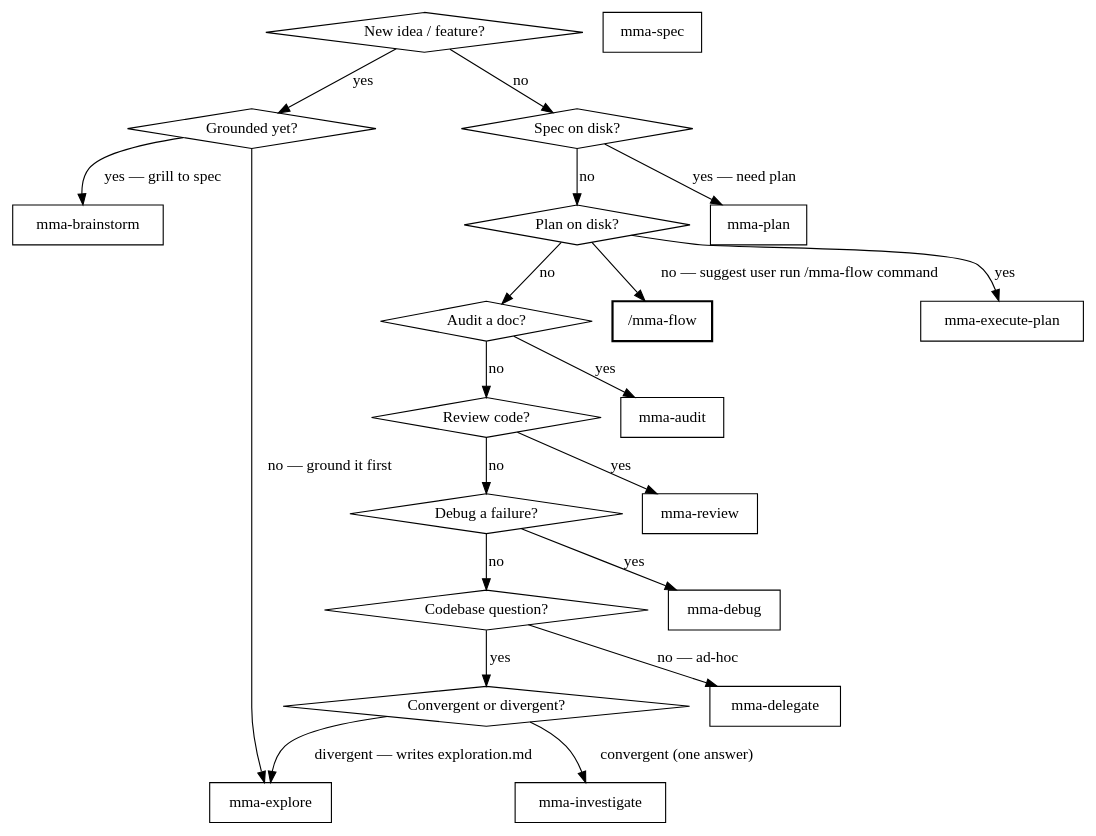
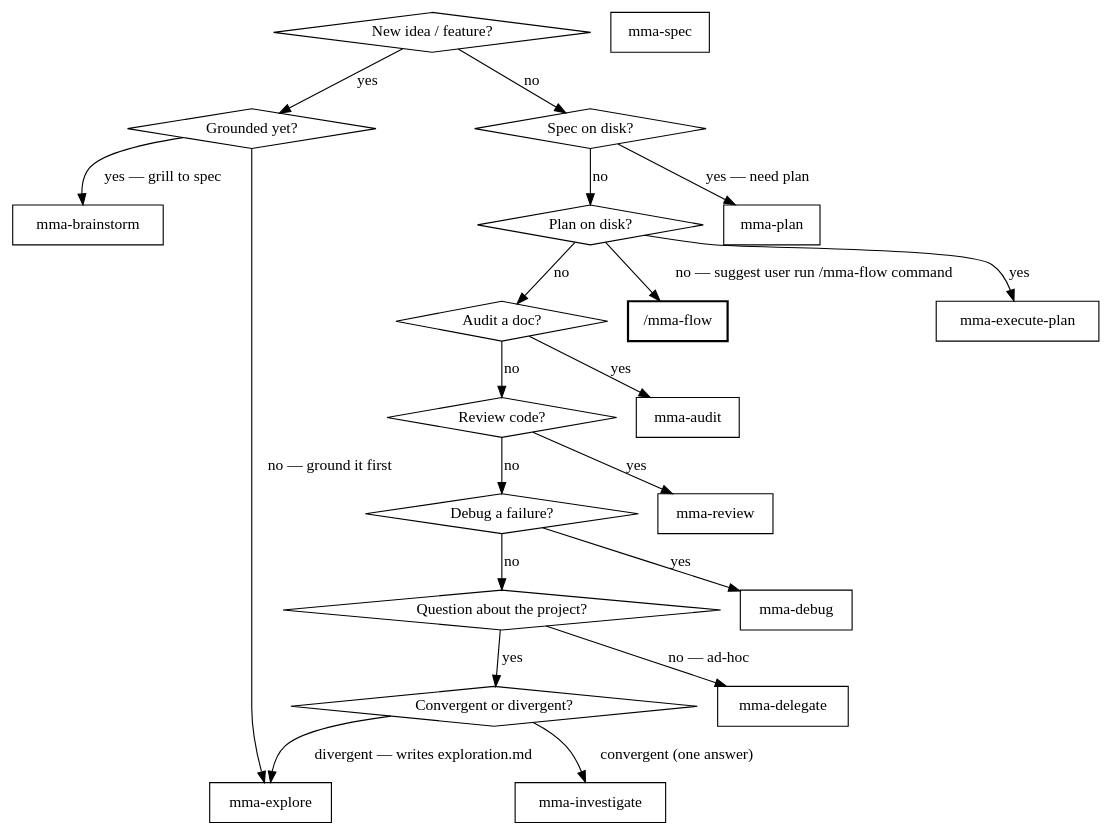
Before and after one commit to zhixuan312/multi-model-agent: the diagram in packages/server/src/skills/multi-model-agent/SKILL.md, drawn with Graphviz. The commit also changed other lines of this file and 14 other files, not shown here.

````diff
--- a/packages/server/src/skills/multi-model-agent/SKILL.md
+++ b/packages/server/src/skills/multi-model-agent/SKILL.md
@@ -25,44 +25,44 @@
 ```dot
 digraph picker {
     "New idea / feature?" [shape=diamond];
     "Grounded yet?" [shape=diamond];
     "Spec on disk?" [shape=diamond];
     "Plan on disk?" [shape=diamond];
     "Audit a doc?" [shape=diamond];
     "Review code?" [shape=diamond];
     "Debug a failure?" [shape=diamond];
-    "Codebase question?" [shape=diamond];
+    "Question about the project?" [shape=diamond];
     "Convergent or divergent?" [shape=diamond];
     "mma-brainstorm" [shape=box];
     "/mma-flow" [shape=box, style=bold];
     "mma-spec" [shape=box];
     "mma-plan" [shape=box];
     "mma-execute-plan" [shape=box];
     "mma-audit" [shape=box];
     "mma-review" [shape=box];
     "mma-debug" [shape=box];
     "mma-investigate" [shape=box];
     "mma-explore" [shape=box];
     "mma-delegate" [shape=box];
 
     "New idea / feature?" -> "Grounded yet?" [label="yes"];
     "Grounded yet?" -> "mma-explore" [label="no — ground it first"];
     "Grounded yet?" -> "mma-brainstorm" [label="yes — grill to spec"];
     "New idea / feature?" -> "Spec on disk?" [label="no"];
     "Spec on disk?" -> "mma-plan" [label="yes — need plan"];
     "Spec on disk?" -> "Plan on disk?" [label="no"];
     "Plan on disk?" -> "/mma-flow" [label="no — suggest user run /mma-flow command"];
     "Plan on disk?" -> "mma-execute-plan" [label="yes"];
     "Plan on disk?" -> "Audit a doc?" [label="no"];
     "Audit a doc?" -> "mma-audit" [label="yes"];
     "Audit a doc?" -> "Review code?" [label="no"];
     "Review code?" -> "mma-review" [label="yes"];
     "Review code?" -> "Debug a failure?" [label="no"];
     "Debug a failure?" -> "mma-debug" [label="yes"];
-    "Debug a failure?" -> "Codebase question?" [label="no"];
-    "Codebase question?" -> "Convergent or divergent?" [label="yes"];
-    "Codebase question?" -> "mma-delegate" [label="no — ad-hoc"];
+    "Debug a failure?" -> "Question about the project?" [label="no"];
+    "Question about the project?" -> "Convergent or divergent?" [label="yes"];
+    "Question about the project?" -> "mma-delegate" [label="no — ad-hoc"];
     "Convergent or divergent?" -> "mma-investigate" [label="convergent (one answer)"];
     "Convergent or divergent?" -> "mma-explore" [label="divergent — writes exploration.md"];
 }
 ```
````
